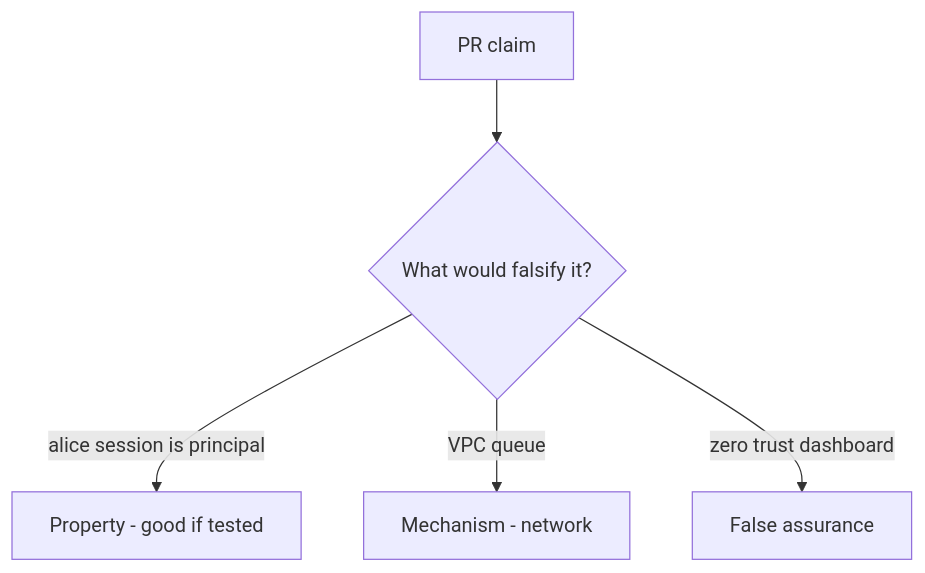
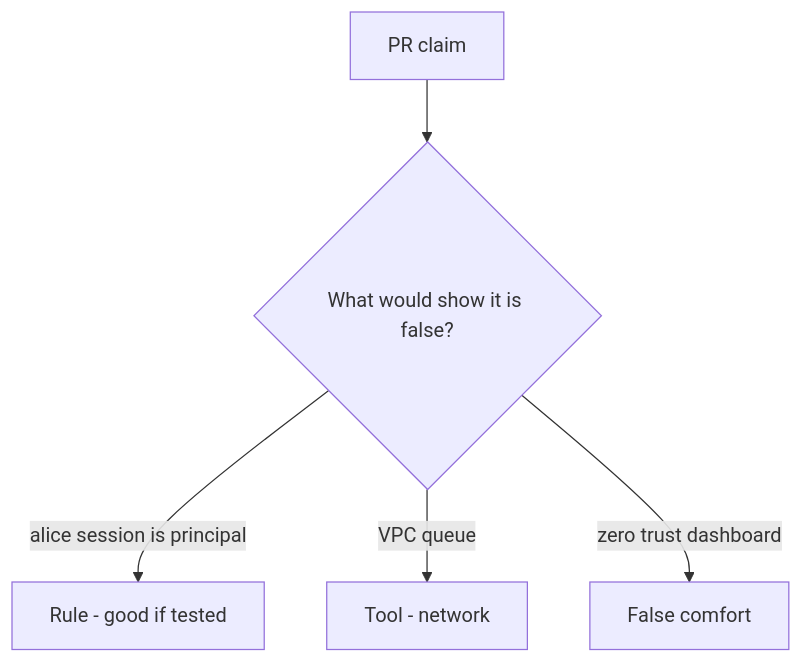
Before and after one commit to ishitvagoel/LearnSecurity: the diagram in content/modules/7/7.4/lessons/08-review.md, drawn with Mermaid. The commit also changed other lines of this file and 31 other files, not shown here.

````diff
--- a/content/modules/7/7.4/lessons/08-review.md
+++ b/content/modules/7/7.4/lessons/08-review.md
@@ -17,7 +18,7 @@
 ```mermaid
 flowchart TD
-  Claim[PR claim] --> Q{"What would falsify it?"}
-  Q -->|alice session is principal| Property["Property - good if tested"]
-  Q -->|VPC queue| Mechanism[Mechanism - network]
-  Q -->|zero trust dashboard| False[False assurance]
+  Claim[PR claim] --> Q{"What would show it is false?"}
+  Q -->|alice session is principal| Property["Rule - good if tested"]
+  Q -->|VPC queue| Mechanism[Tool - network]
+  Q -->|zero trust dashboard| False[False comfort]
 ```
````
